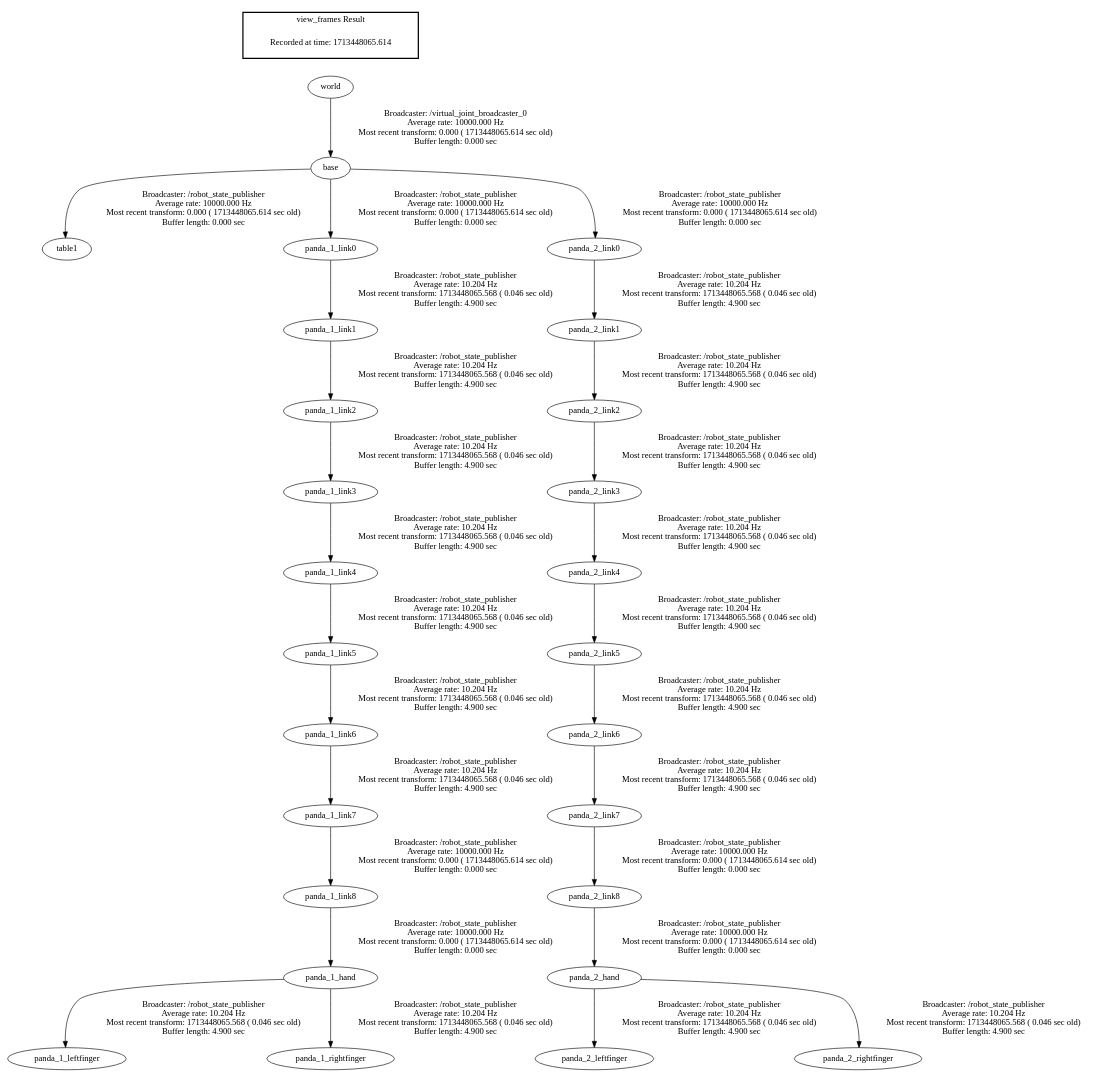
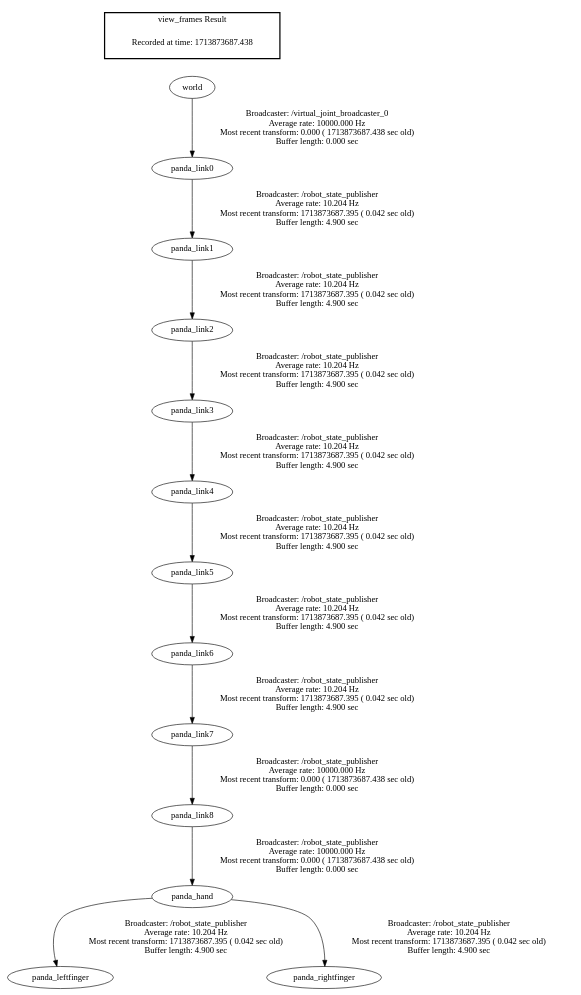
One commit to sofiadig/ws_moveit changed the diagram in frames.gv. Above: the diagram before and after it, drawn with Graphviz. The commit also changed 1 other file, not shown here.

```diff
--- a/frames.gv
+++ b/frames.gv
@@ -1,32 +1,18 @@
 digraph G {
-"base" -> "table1"[label="Broadcaster: /robot_state_publisher\nAverage rate: 10000.000 Hz\nMost recent transform: 0.000 ( 1713448065.614 sec old)\nBuffer length: 0.000 sec\n"];
-"world" -> "base"[label="Broadcaster: /virtual_joint_broadcaster_0\nAverage rate: 10000.000 Hz\nMost recent transform: 0.000 ( 1713448065.614 sec old)\nBuffer length: 0.000 sec\n"];
-"panda_1_link8" -> "panda_1_hand"[label="Broadcaster: /robot_state_publisher\nAverage rate: 10000.000 Hz\nMost recent transform: 0.000 ( 1713448065.614 sec old)\nBuffer length: 0.000 sec\n"];
-"panda_1_link7" -> "panda_1_link8"[label="Broadcaster: /robot_state_publisher\nAverage rate: 10000.000 Hz\nMost recent transform: 0.000 ( 1713448065.614 sec old)\nBuffer length: 0.000 sec\n"];
-"panda_1_link6" -> "panda_1_link7"[label="Broadcaster: /robot_state_publisher\nAverage rate: 10.204 Hz\nMost recent transform: 1713448065.568 ( 0.046 sec old)\nBuffer length: 4.900 sec\n"];
-"base" -> "panda_1_link0"[label="Broadcaster: /robot_state_publisher\nAverage rate: 10000.000 Hz\nMost recent transform: 0.000 ( 1713448065.614 sec old)\nBuffer length: 0.000 sec\n"];
-"panda_2_link8" -> "panda_2_hand"[label="Broadcaster: /robot_state_publisher\nAverage rate: 10000.000 Hz\nMost recent transform: 0.000 ( 1713448065.614 sec old)\nBuffer length: 0.000 sec\n"];
-"panda_2_link7" -> "panda_2_link8"[label="Broadcaster: /robot_state_publisher\nAverage rate: 10000.000 Hz\nMost recent transform: 0.000 ( 1713448065.614 sec old)\nBuffer length: 0.000 sec\n"];
-"panda_2_link6" -> "panda_2_link7"[label="Broadcaster: /robot_state_publisher\nAverage rate: 10.204 Hz\nMost recent transform: 1713448065.568 ( 0.046 sec old)\nBuffer length: 4.900 sec\n"];
-"base" -> "panda_2_link0"[label="Broadcaster: /robot_state_publisher\nAverage rate: 10000.000 Hz\nMost recent transform: 0.000 ( 1713448065.614 sec old)\nBuffer length: 0.000 sec\n"];
-"panda_1_hand" -> "panda_1_leftfinger"[label="Broadcaster: /robot_state_publisher\nAverage rate: 10.204 Hz\nMost recent transform: 1713448065.568 ( 0.046 sec old)\nBuffer length: 4.900 sec\n"];
-"panda_1_hand" -> "panda_1_rightfinger"[label="Broadcaster: /robot_state_publisher\nAverage rate: 10.204 Hz\nMost recent transform: 1713448065.568 ( 0.046 sec old)\nBuffer length: 4.900 sec\n"];
-"panda_1_link0" -> "panda_1_link1"[label="Broadcaster: /robot_state_publisher\nAverage rate: 10.204 Hz\nMost recent transform: 1713448065.568 ( 0.046 sec old)\nBuffer length: 4.900 sec\n"];
-"panda_1_link1" -> "panda_1_link2"[label="Broadcaster: /robot_state_publisher\nAverage rate: 10.204 Hz\nMost recent transform: 1713448065.568 ( 0.046 sec old)\nBuffer length: 4.900 sec\n"];
-"panda_1_link2" -> "panda_1_link3"[label="Broadcaster: /robot_state_publisher\nAverage rate: 10.204 Hz\nMost recent transform: 1713448065.568 ( 0.046 sec old)\nBuffer length: 4.900 sec\n"];
-"panda_1_link3" -> "panda_1_link4"[label="Broadcaster: /robot_state_publisher\nAverage rate: 10.204 Hz\nMost recent transform: 1713448065.568 ( 0.046 sec old)\nBuffer length: 4.900 sec\n"];
-"panda_1_link4" -> "panda_1_link5"[label="Broadcaster: /robot_state_publisher\nAverage rate: 10.204 Hz\nMost recent transform: 1713448065.568 ( 0.046 sec old)\nBuffer length: 4.900 sec\n"];
-"panda_1_link5" -> "panda_1_link6"[label="Broadcaster: /robot_state_publisher\nAverage rate: 10.204 Hz\nMost recent transform: 1713448065.568 ( 0.046 sec old)\nBuffer length: 4.900 sec\n"];
-"panda_2_hand" -> "panda_2_leftfinger"[label="Broadcaster: /robot_state_publisher\nAverage rate: 10.204 Hz\nMost recent transform: 1713448065.568 ( 0.046 sec old)\nBuffer length: 4.900 sec\n"];
-"panda_2_hand" -> "panda_2_rightfinger"[label="Broadcaster: /robot_state_publisher\nAverage rate: 10.204 Hz\nMost recent transform: 1713448065.568 ( 0.046 sec old)\nBuffer length: 4.900 sec\n"];
-"panda_2_link0" -> "panda_2_link1"[label="Broadcaster: /robot_state_publisher\nAverage rate: 10.204 Hz\nMost recent transform: 1713448065.568 ( 0.046 sec old)\nBuffer length: 4.900 sec\n"];
-"panda_2_link1" -> "panda_2_link2"[label="Broadcaster: /robot_state_publisher\nAverage rate: 10.204 Hz\nMost recent transform: 1713448065.568 ( 0.046 sec old)\nBuffer length: 4.900 sec\n"];
-"panda_2_link2" -> "panda_2_link3"[label="Broadcaster: /robot_state_publisher\nAverage rate: 10.204 Hz\nMost recent transform: 1713448065.568 ( 0.046 sec old)\nBuffer length: 4.900 sec\n"];
-"panda_2_link3" -> "panda_2_link4"[label="Broadcaster: /robot_state_publisher\nAverage rate: 10.204 Hz\nMost recent transform: 1713448065.568 ( 0.046 sec old)\nBuffer length: 4.900 sec\n"];
-"panda_2_link4" -> "panda_2_link5"[label="Broadcaster: /robot_state_publisher\nAverage rate: 10.204 Hz\nMost recent transform: 1713448065.568 ( 0.046 sec old)\nBuffer length: 4.900 sec\n"];
-"panda_2_link5" -> "panda_2_link6"[label="Broadcaster: /robot_state_publisher\nAverage rate: 10.204 Hz\nMost recent transform: 1713448065.568 ( 0.046 sec old)\nBuffer length: 4.900 sec\n"];
+"world" -> "panda_link0"[label="Broadcaster: /virtual_joint_broadcaster_0\nAverage rate: 10000.000 Hz\nMost recent transform: 0.000 ( 1713873687.438 sec old)\nBuffer length: 0.000 sec\n"];
+"panda_link8" -> "panda_hand"[label="Broadcaster: /robot_state_publisher\nAverage rate: 10000.000 Hz\nMost recent transform: 0.000 ( 1713873687.438 sec old)\nBuffer length: 0.000 sec\n"];
+"panda_link7" -> "panda_link8"[label="Broadcaster: /robot_state_publisher\nAverage rate: 10000.000 Hz\nMost recent transform: 0.000 ( 1713873687.438 sec old)\nBuffer length: 0.000 sec\n"];
+"panda_link6" -> "panda_link7"[label="Broadcaster: /robot_state_publisher\nAverage rate: 10.204 Hz\nMost recent transform: 1713873687.395 ( 0.042 sec old)\nBuffer length: 4.900 sec\n"];
+"panda_hand" -> "panda_leftfinger"[label="Broadcaster: /robot_state_publisher\nAverage rate: 10.204 Hz\nMost recent transform: 1713873687.395 ( 0.042 sec old)\nBuffer length: 4.900 sec\n"];
+"panda_hand" -> "panda_rightfinger"[label="Broadcaster: /robot_state_publisher\nAverage rate: 10.204 Hz\nMost recent transform: 1713873687.395 ( 0.042 sec old)\nBuffer length: 4.900 sec\n"];
+"panda_link0" -> "panda_link1"[label="Broadcaster: /robot_state_publisher\nAverage rate: 10.204 Hz\nMost recent transform: 1713873687.395 ( 0.042 sec old)\nBuffer length: 4.900 sec\n"];
+"panda_link1" -> "panda_link2"[label="Broadcaster: /robot_state_publisher\nAverage rate: 10.204 Hz\nMost recent transform: 1713873687.395 ( 0.042 sec old)\nBuffer length: 4.900 sec\n"];
+"panda_link2" -> "panda_link3"[label="Broadcaster: /robot_state_publisher\nAverage rate: 10.204 Hz\nMost recent transform: 1713873687.395 ( 0.042 sec old)\nBuffer length: 4.900 sec\n"];
+"panda_link3" -> "panda_link4"[label="Broadcaster: /robot_state_publisher\nAverage rate: 10.204 Hz\nMost recent transform: 1713873687.395 ( 0.042 sec old)\nBuffer length: 4.900 sec\n"];
+"panda_link4" -> "panda_link5"[label="Broadcaster: /robot_state_publisher\nAverage rate: 10.204 Hz\nMost recent transform: 1713873687.395 ( 0.042 sec old)\nBuffer length: 4.900 sec\n"];
+"panda_link5" -> "panda_link6"[label="Broadcaster: /robot_state_publisher\nAverage rate: 10.204 Hz\nMost recent transform: 1713873687.395 ( 0.042 sec old)\nBuffer length: 4.900 sec\n"];
 edge [style=invis];
  subgraph cluster_legend { style=bold; color=black; label ="view_frames Result";
-"Recorded at time: 1713448065.614"[ shape=plaintext ] ;
+"Recorded at time: 1713873687.438"[ shape=plaintext ] ;
  }->"world";
 }
```
